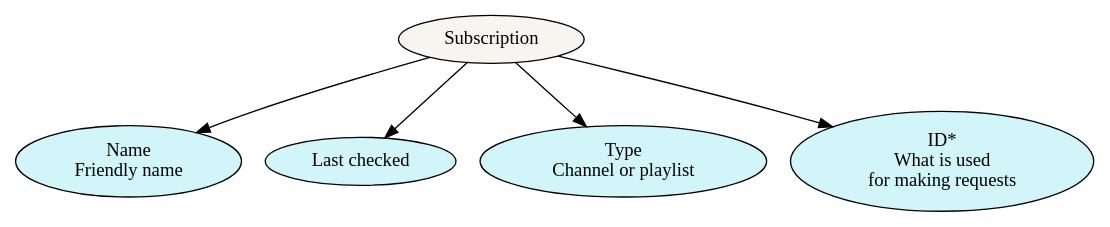
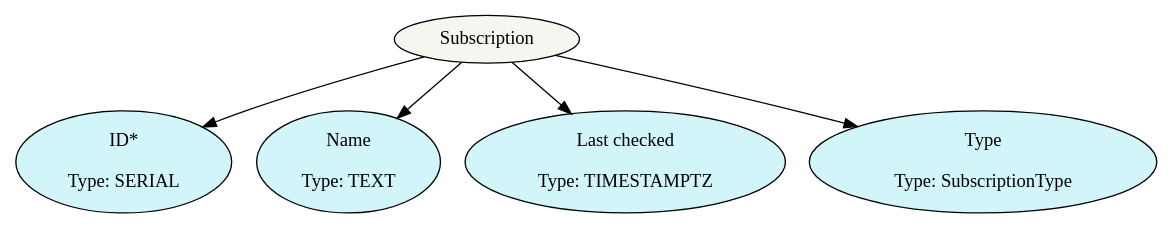
Before and after one commit to simonrw/youtube-video-deck: the diagram in design/subscription_erd.dot, drawn with Graphviz. The commit also changed 3 other files, not shown here.

```diff
--- a/design/subscription_erd.dot
+++ b/design/subscription_erd.dot
@@ -1,23 +1,23 @@
 digraph G {
     root = subscription;
     overlap = scale;
 
     // Root node
     node [style=filled, fillcolor="#f7f5f0"];
     subscription [label="Subscription"];
 
 
     // Attributes
     node [style=filled, fillcolor="#d2f5fa"];
 
-    name [label="Name\nFriendly name"];
-    last_checked [label="Last checked"];
-    type [label="Type\nChannel or playlist"];
-    id [label="ID*\nWhat is used\nfor making requests"];
+    id [label="ID*\n\nType: SERIAL"];
+    name [label="Name\n\nType: TEXT"];
+    last_checked [label="Last checked\n\nType: TIMESTAMPTZ"];
+    type [label="Type\n\nType: SubscriptionType"];
 
     // Connections
     subscription -> name;
     subscription -> last_checked;
     subscription -> type;
     subscription -> id;
 }
```
